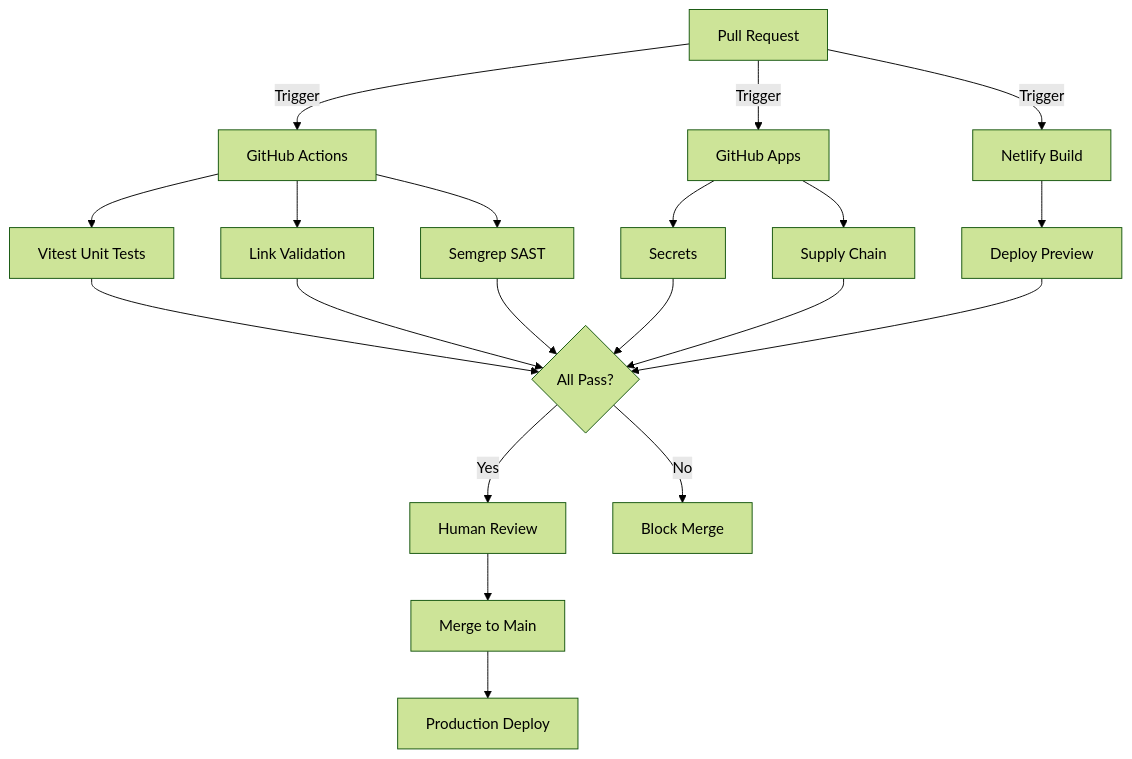
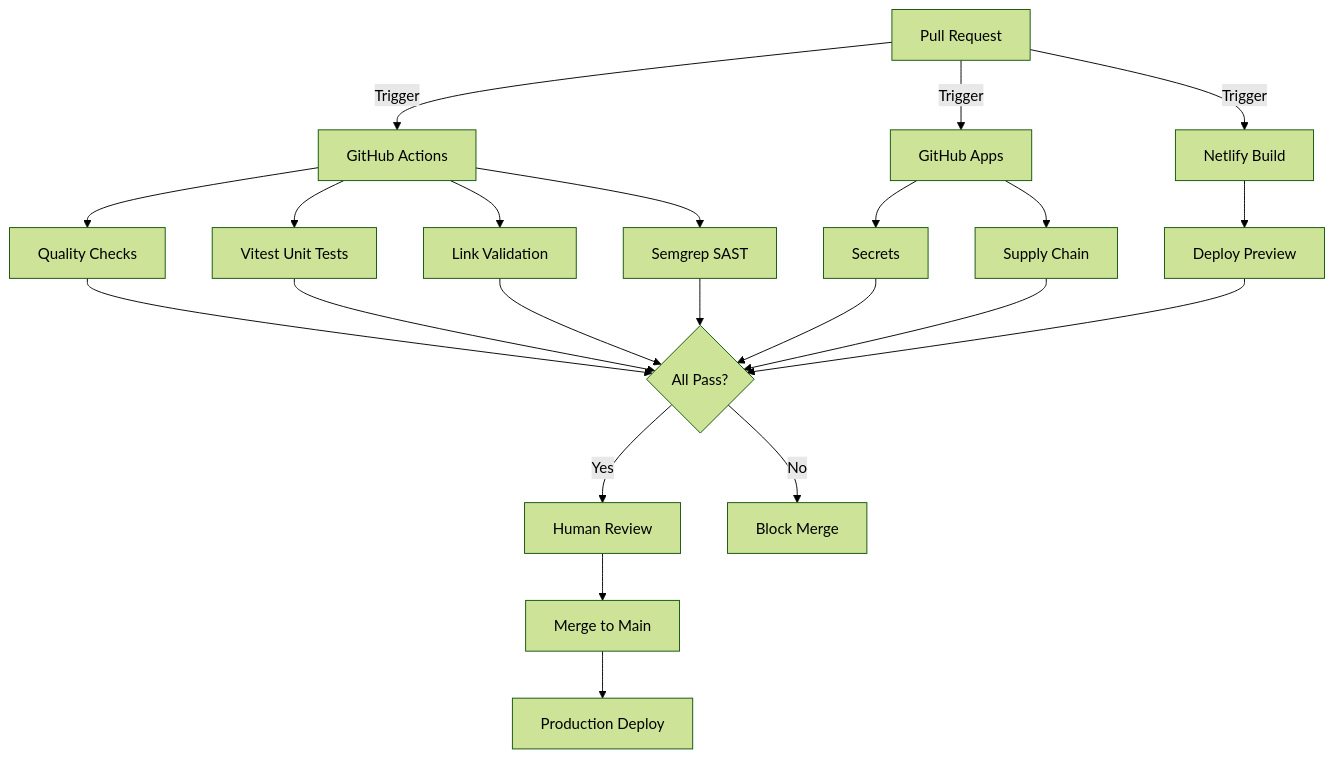
One commit to team4procoaching/website changed the diagram in docs/ARCHITECTURE.md. Above: the diagram before and after it, drawn with Mermaid (forest theme). The commit also changed other lines of this file and 10 other files, not shown here.

````diff
--- a/docs/ARCHITECTURE.md
+++ b/docs/ARCHITECTURE.md
@@ -355,28 +355,30 @@
 ```mermaid
 graph TD
     PR[Pull Request] -->|Trigger| CI_GHA[GitHub Actions]
     PR -->|Trigger| CI_Apps[GitHub Apps]
     PR -->|Trigger| Netlify[Netlify Build]
 
+    CI_GHA --> Quality[Quality Checks]
     CI_GHA --> Tests[Vitest Unit Tests]
     CI_GHA --> Links[Link Validation]
     CI_GHA --> Semgrep[Semgrep SAST]
 
     CI_Apps --> GitGuardian[Secrets]
     CI_Apps --> Socket[Supply Chain]
 
-    Tests --> Gate{All Pass?}
+    Quality --> Gate{All Pass?}
+    Tests --> Gate
     Links --> Gate
     Semgrep --> Gate
     GitGuardian --> Gate
     Socket --> Gate
 
     Netlify --> Preview[Deploy Preview]
     Preview --> Gate
 
     Gate -->|Yes| Review[Human Review]
     Gate -->|No| Fail[Block Merge]
 
     Review --> Merge[Merge to Main]
     Merge --> Production[Production Deploy]
 ```
````
